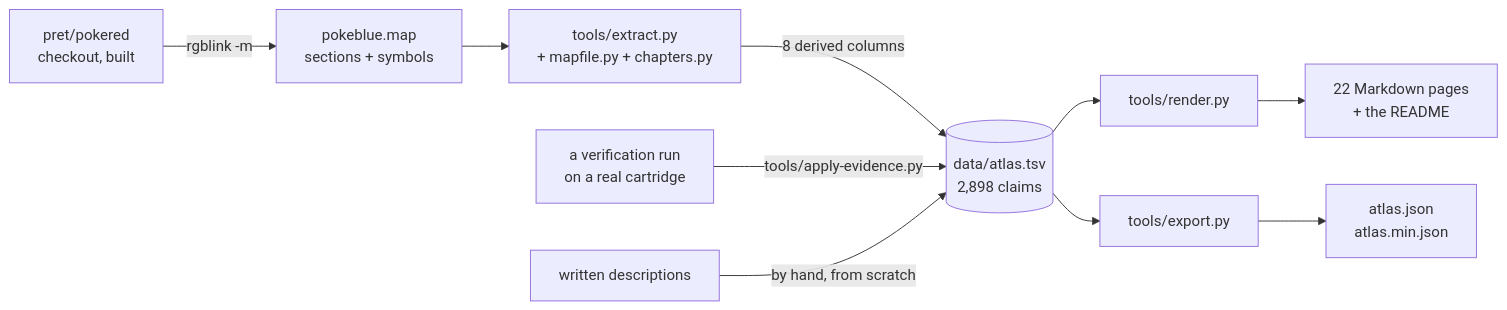
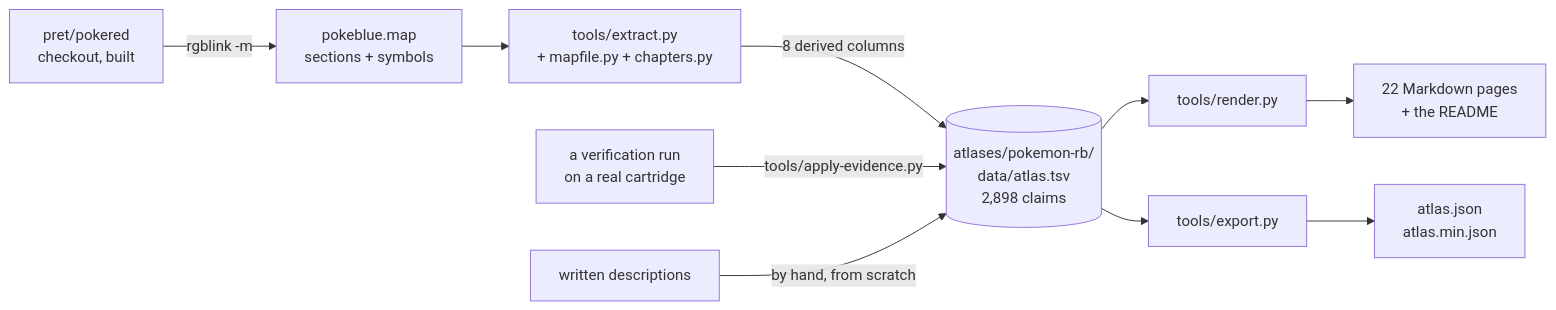
The diagram in docs/provenance.md (Alchemy86/AtlasGB), drawn with Mermaid before and after one commit. The commit also changed other lines of this file and 53 other files, not shown here.

````diff
--- a/docs/provenance.md
+++ b/docs/provenance.md
@@ -15,10 +21,10 @@
 ```mermaid
 flowchart LR
     P["pret/pokered<br/>checkout, built"] -->|"rgblink -m"| M["pokeblue.map<br/>sections + symbols"]
     M --> E["tools/extract.py<br/>+ mapfile.py + chapters.py"]
-    E -->|"8 derived columns"| A[("data/atlas.tsv<br/>2,898 claims")]
+    E -->|"8 derived columns"| A[("atlases/pokemon-rb/<br/>data/atlas.tsv<br/>2,898 claims")]
     V["a verification run<br/>on a real cartridge"] -->|"tools/apply-evidence.py"| A
     D["written descriptions"] -->|"by hand, from scratch"| A
     A --> R["tools/render.py"] --> PG["22 Markdown pages<br/>+ the README"]
     A --> X["tools/export.py"] --> J["atlas.json<br/>atlas.min.json"]
 ```
````
